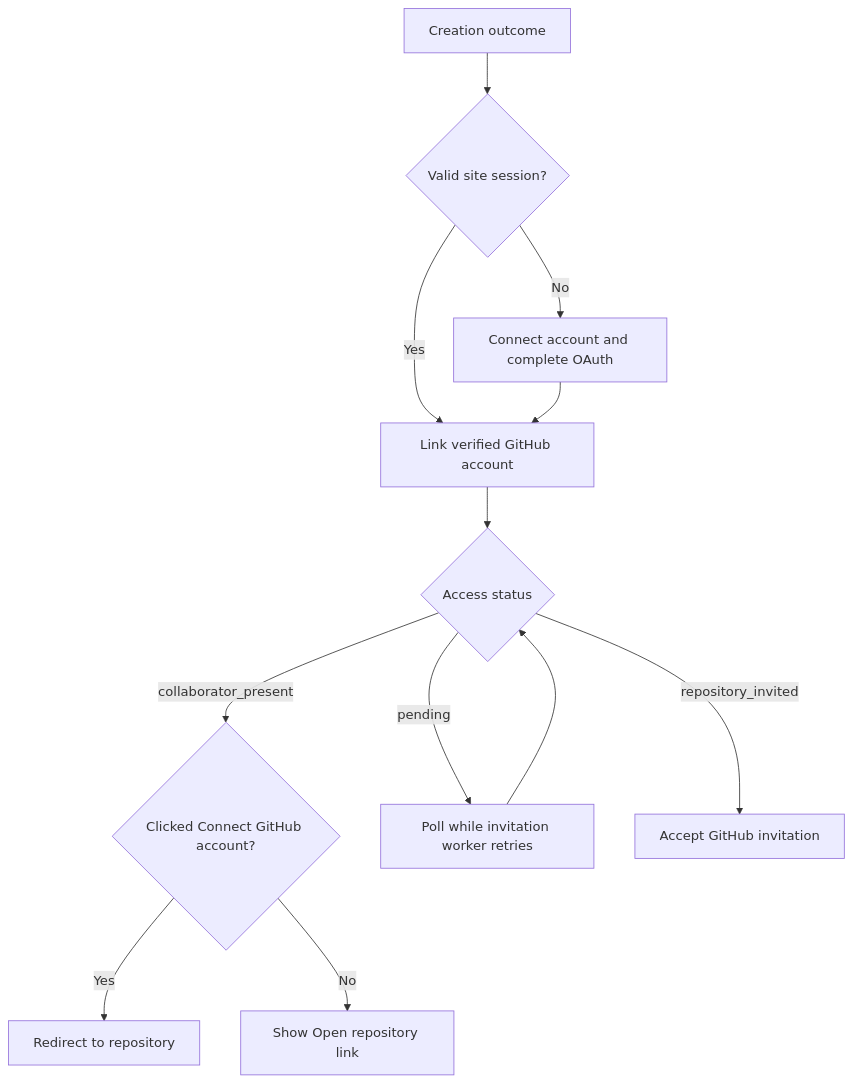
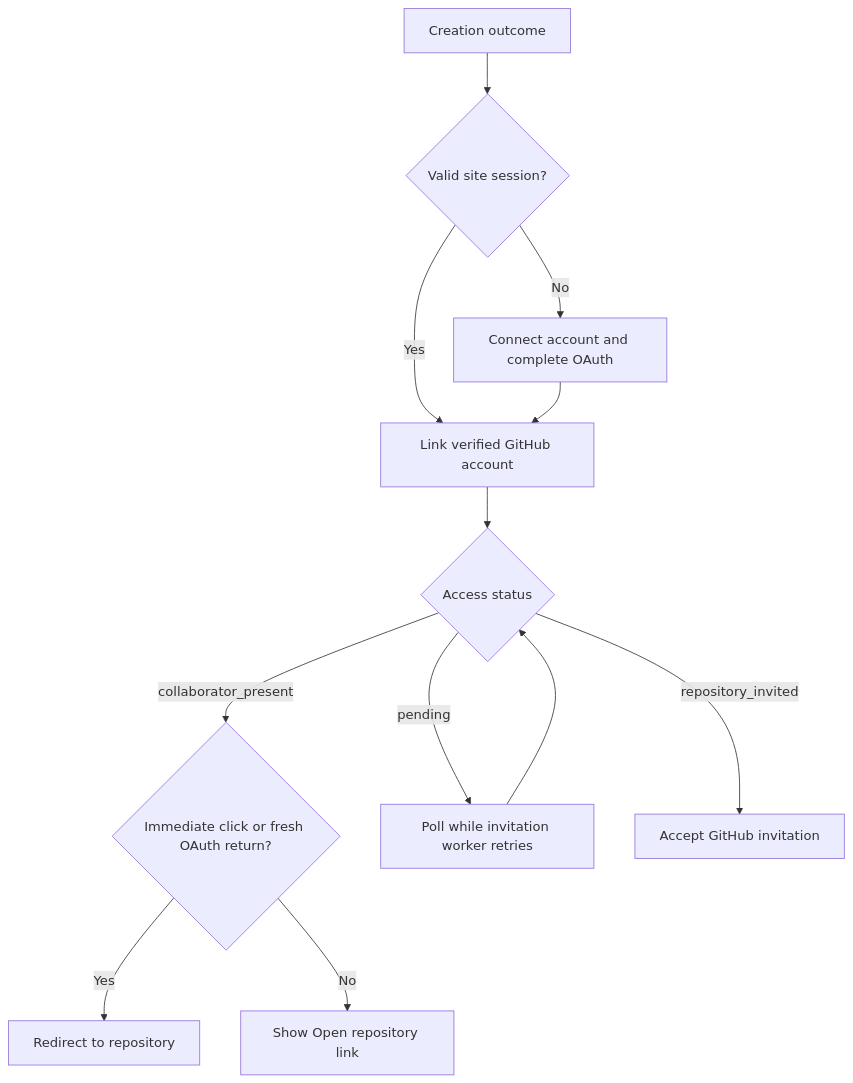
One commit to feegloo/feegloo.github.io changed the diagram in docs/vibe-ios-app-github-access.md. Above: the diagram before and after it, drawn with Mermaid. The commit also changed other lines of this file and 3 other files, not shown here.

Commit message:
Prevent delayed and background GitHub repository redirects

````diff
--- a/docs/vibe-ios-app-github-access.md
+++ b/docs/vibe-ios-app-github-access.md
@@ -27,14 +29,14 @@
 ```mermaid
 flowchart TD
   A["Creation outcome"] --> S{"Valid site session?"}
   S -->|Yes| L["Link verified GitHub account"]
   S -->|No| O["Connect account and complete OAuth"]
   O --> L
   L --> C{"Access status"}
-  C -->|collaborator_present| N{"Clicked Connect GitHub account?"}
+  C -->|collaborator_present| N{"Immediate click or fresh OAuth return?"}
   N -->|Yes| R["Redirect to repository"]
   N -->|No| B["Show Open repository link"]
   C -->|pending| P["Poll while invitation worker retries"]
   P --> C
   C -->|repository_invited| I["Accept GitHub invitation"]
 ```
````
